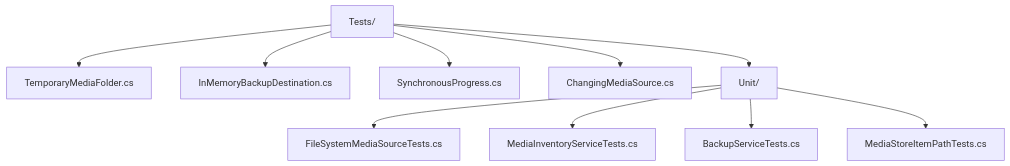
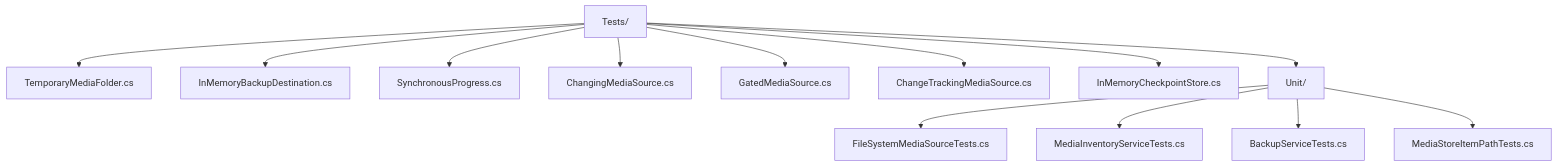
Before and after one commit to f2calv/android-dcim-cloud-sync: the diagram in src/DcimCloudSync.Core.Tests/README.md, drawn with Mermaid. The commit also changed other lines of this file and 40 other files, not shown here.

````diff
--- a/src/DcimCloudSync.Core.Tests/README.md
+++ b/src/DcimCloudSync.Core.Tests/README.md
@@ -35,12 +36,15 @@
 ```mermaid
 graph TD
     Tests[Tests/] --> Folder[TemporaryMediaFolder.cs]
     Tests --> Destination[InMemoryBackupDestination.cs]
     Tests --> Progress[SynchronousProgress.cs]
     Tests --> Changing[ChangingMediaSource.cs]
+    Tests --> Gated[GatedMediaSource.cs]
+    Tests --> Tracking[ChangeTrackingMediaSource.cs]
+    Tests --> Checkpoint[InMemoryCheckpointStore.cs]
     Tests --> Unit[Unit/]
     Unit --> Source[FileSystemMediaSourceTests.cs]
     Unit --> Inventory[MediaInventoryServiceTests.cs]
     Unit --> Backup[BackupServiceTests.cs]
     Unit --> MediaStore[MediaStoreItemPathTests.cs]
 ```
````
